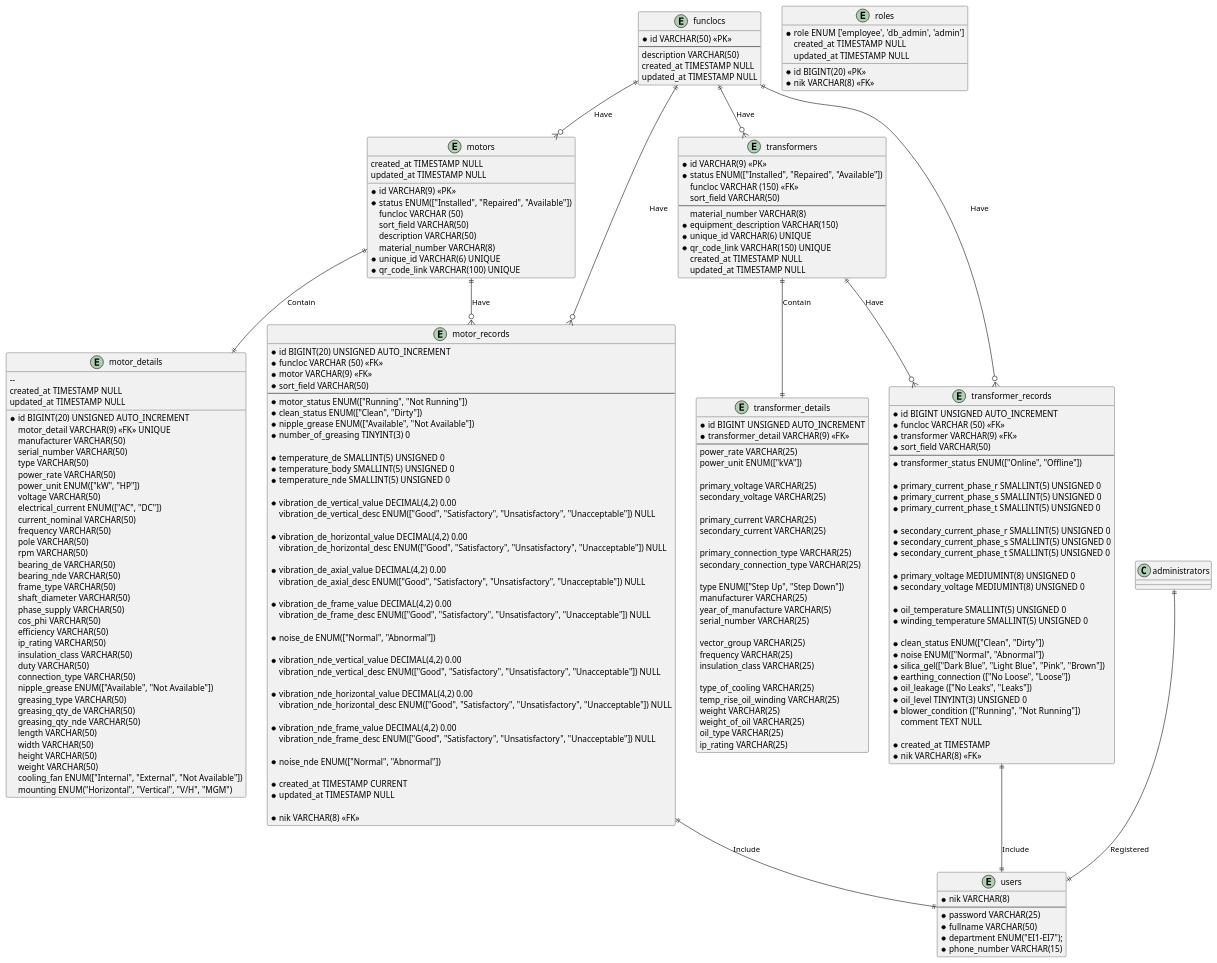
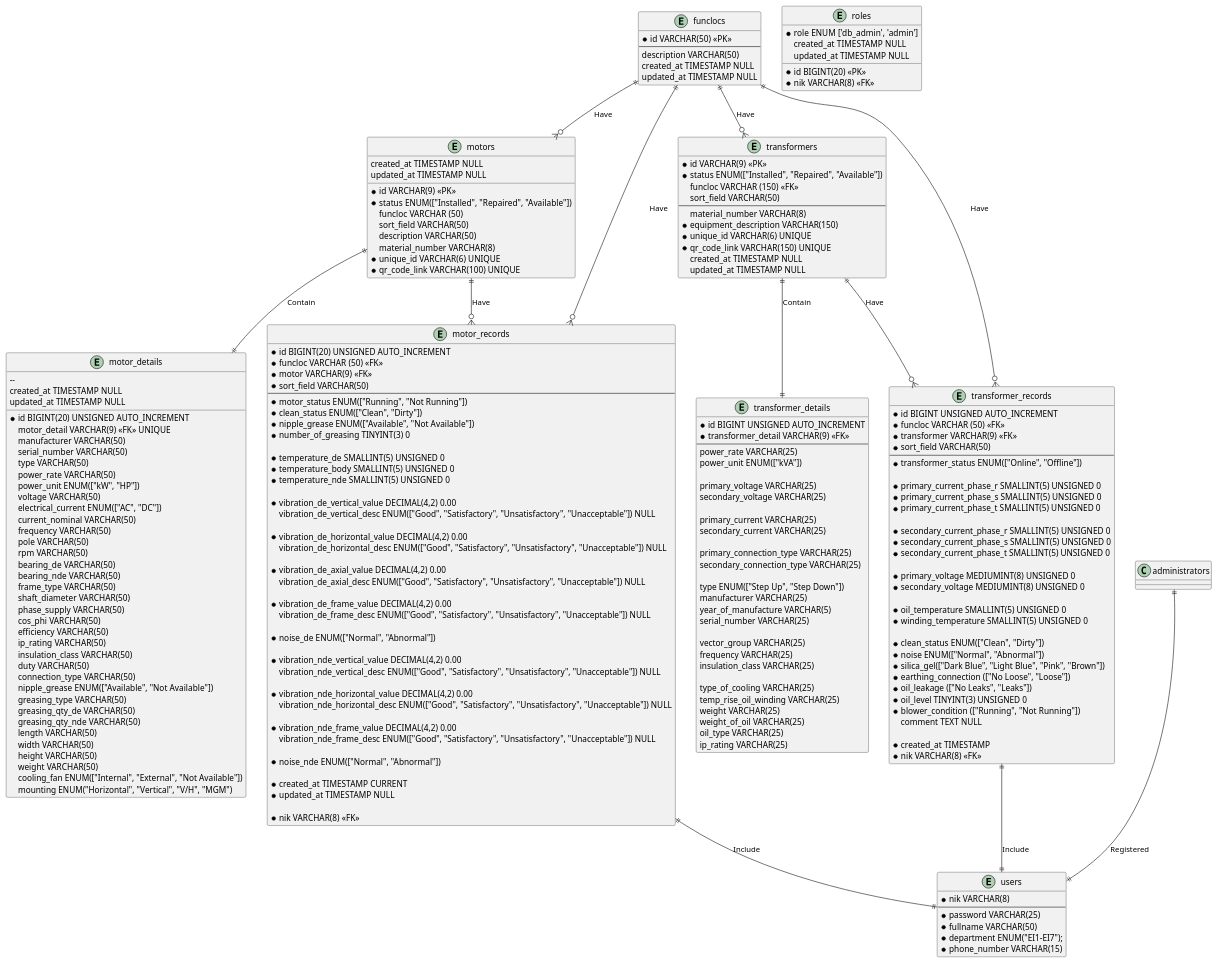
The diagram in docs/fajar_e_maintenance.puml (doniduaasattuu/fajar-e-maintenance), drawn with PlantUML before and after one commit. The commit also changed 12 other files, not shown here.

```diff
--- a/docs/fajar_e_maintenance.puml
+++ b/docs/fajar_e_maintenance.puml
@@ -121,7 +121,7 @@
 entity roles {
     * id BIGINT(20) <<PK>>
     * nik VARCHAR(8) <<FK>>
-    * role ENUM ['employee', 'db_admin', 'admin']
+    * role ENUM ['db_admin', 'admin']
       created_at TIMESTAMP NULL
       updated_at TIMESTAMP NULL
 }
```
